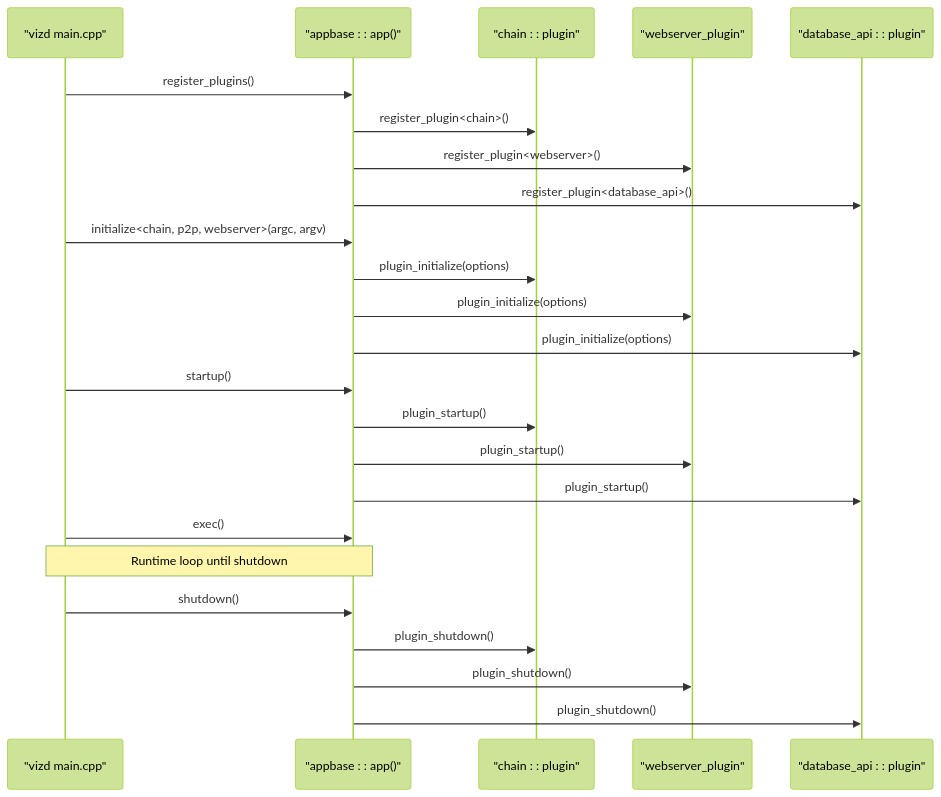
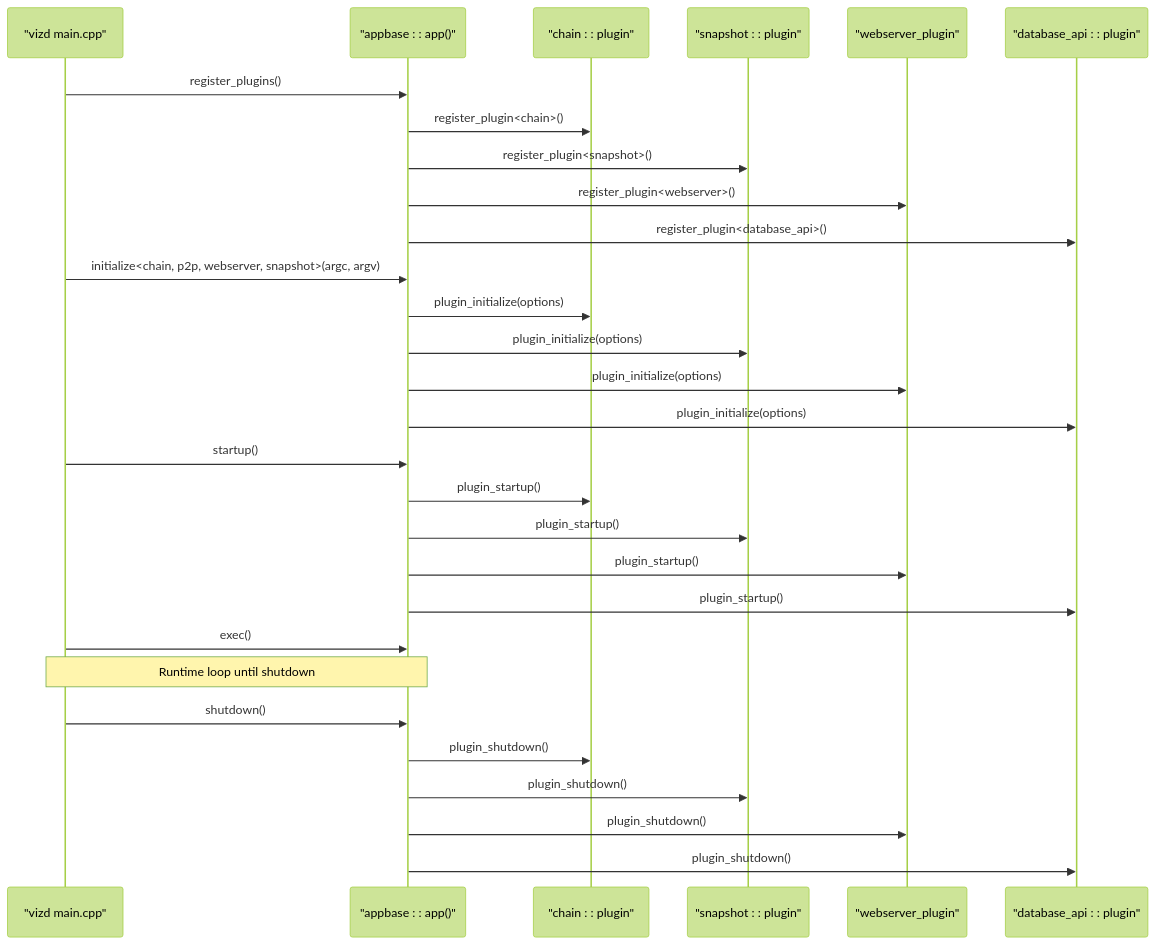
One commit to VIZ-Blockchain/viz-cpp-node changed the third of 14 diagrams in .qoder/repowiki/en/content/Architecture Overview/Plugin Architecture/Plugin Architecture.md. Above: the diagram before and after it, drawn with Mermaid (forest theme). The commit also changed other lines of this file and 9 other files, not shown here.

First line of the commit message:
feat(chain): add snapshot loading and DLT mode support

````diff
--- a/.qoder/repowiki/en/content/Architecture Overview/Plugin Architecture/Plugin Architecture.md
+++ b/.qoder/repowiki/en/content/Architecture Overview/Plugin Architecture/Plugin Architecture.md
@@ -161,26 +183,31 @@
 ```mermaid
 sequenceDiagram
 participant Main as "vizd main.cpp"
 participant App as "appbase : : app()"
 participant Chain as "chain : : plugin"
+participant Snapshot as "snapshot : : plugin"
 participant WS as "webserver_plugin"
 participant DB as "database_api : : plugin"
 Main->>App : register_plugins()
 App->>Chain : register_plugin<chain>()
+App->>Snapshot : register_plugin<snapshot>()
 App->>WS : register_plugin<webserver>()
 App->>DB : register_plugin<database_api>()
-Main->>App : initialize<chain, p2p, webserver>(argc, argv)
+Main->>App : initialize<chain, p2p, webserver, snapshot>(argc, argv)
 App->>Chain : plugin_initialize(options)
+App->>Snapshot : plugin_initialize(options)
 App->>WS : plugin_initialize(options)
 App->>DB : plugin_initialize(options)
 Main->>App : startup()
 App->>Chain : plugin_startup()
+App->>Snapshot : plugin_startup()
 App->>WS : plugin_startup()
 App->>DB : plugin_startup()
 Main->>App : exec()
 Note over Main,App : Runtime loop until shutdown
 Main->>App : shutdown()
 App->>Chain : plugin_shutdown()
+App->>Snapshot : plugin_shutdown()
 App->>WS : plugin_shutdown()
 App->>DB : plugin_shutdown()
 ```
````
